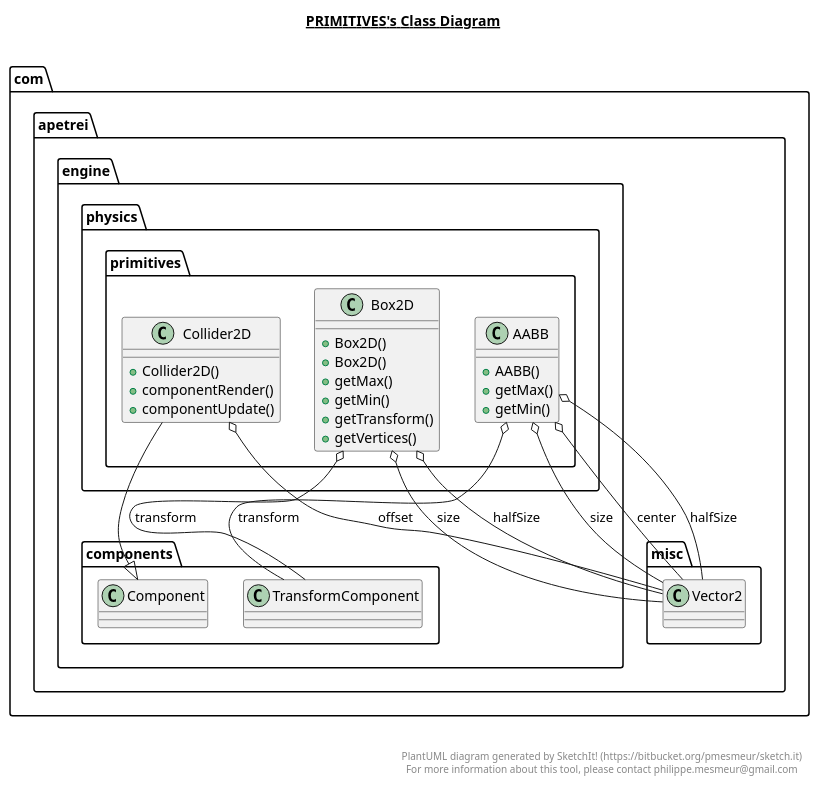
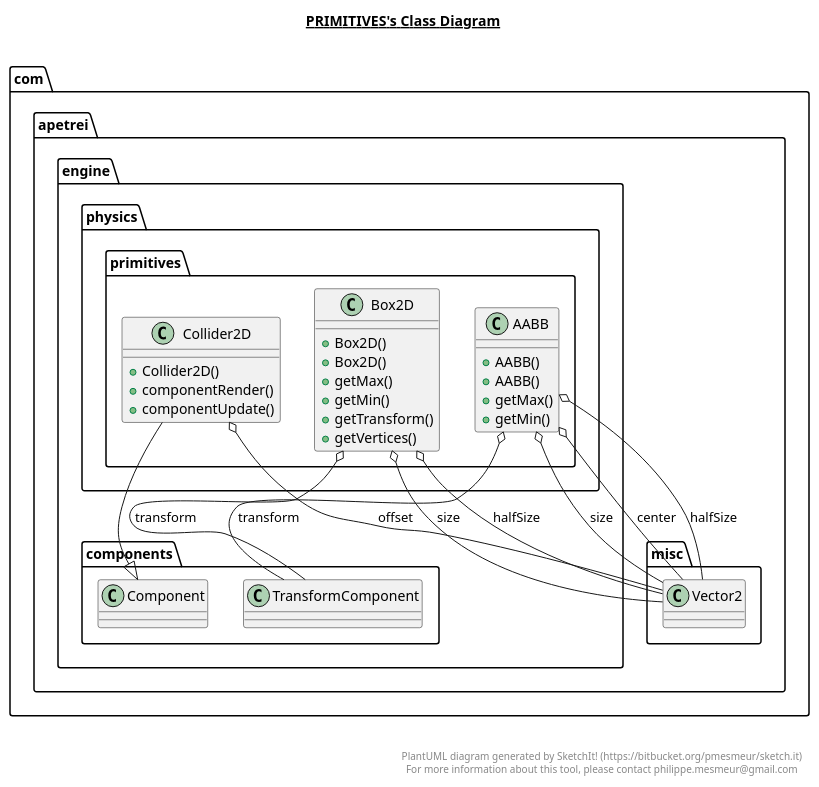
Before and after one commit to TheWiseWolfy/Wild-Sky: the diagram in src/com/apetrei/engine/physics/primitives/primitives.plantuml, drawn with PlantUML. The commit also changed 37 other files, not shown here.

```diff
--- a/src/com/apetrei/engine/physics/primitives/primitives.plantuml
+++ b/src/com/apetrei/engine/physics/primitives/primitives.plantuml
@@ -1,59 +1,60 @@
 @startuml
 
 title __PRIMITIVES's Class Diagram__\n
 
   namespace com.apetrei.engine {
     namespace physics.primitives {
       class com.apetrei.engine.physics.primitives.AABB {
+          + AABB()
           + AABB()
           + getMax()
           + getMin()
       }
     }
   }
   
 
   namespace com.apetrei.engine {
     namespace physics.primitives {
       class com.apetrei.engine.physics.primitives.Box2D {
           + Box2D()
           + Box2D()
           + getMax()
           + getMin()
           + getTransform()
           + getVertices()
       }
     }
   }
   
 
   namespace com.apetrei.engine {
     namespace physics.primitives {
       class com.apetrei.engine.physics.primitives.Collider2D {
           + Collider2D()
           + componentRender()
           + componentUpdate()
       }
     }
   }
   
 
   com.apetrei.engine.physics.primitives.AABB o-- com.apetrei.misc.Vector2 : center
   com.apetrei.engine.physics.primitives.AABB o-- com.apetrei.misc.Vector2 : halfSize
   com.apetrei.engine.physics.primitives.AABB o-- com.apetrei.misc.Vector2 : size
   com.apetrei.engine.physics.primitives.AABB o-- com.apetrei.engine.components.TransformComponent : transform
   com.apetrei.engine.physics.primitives.Box2D o-- com.apetrei.misc.Vector2 : halfSize
   com.apetrei.engine.physics.primitives.Box2D o-- com.apetrei.misc.Vector2 : size
   com.apetrei.engine.physics.primitives.Box2D o-- com.apetrei.engine.components.TransformComponent : transform
   com.apetrei.engine.physics.primitives.Collider2D -up-|> com.apetrei.engine.components.Component
   com.apetrei.engine.physics.primitives.Collider2D o-- com.apetrei.misc.Vector2 : offset
 
 
 right footer
 
 
 PlantUML diagram generated by SketchIt! (https://bitbucket.org/pmesmeur/sketch.it)
 For more information about this tool, please contact philippe.mesmeur@gmail.com
 endfooter
 
 @enduml
```
